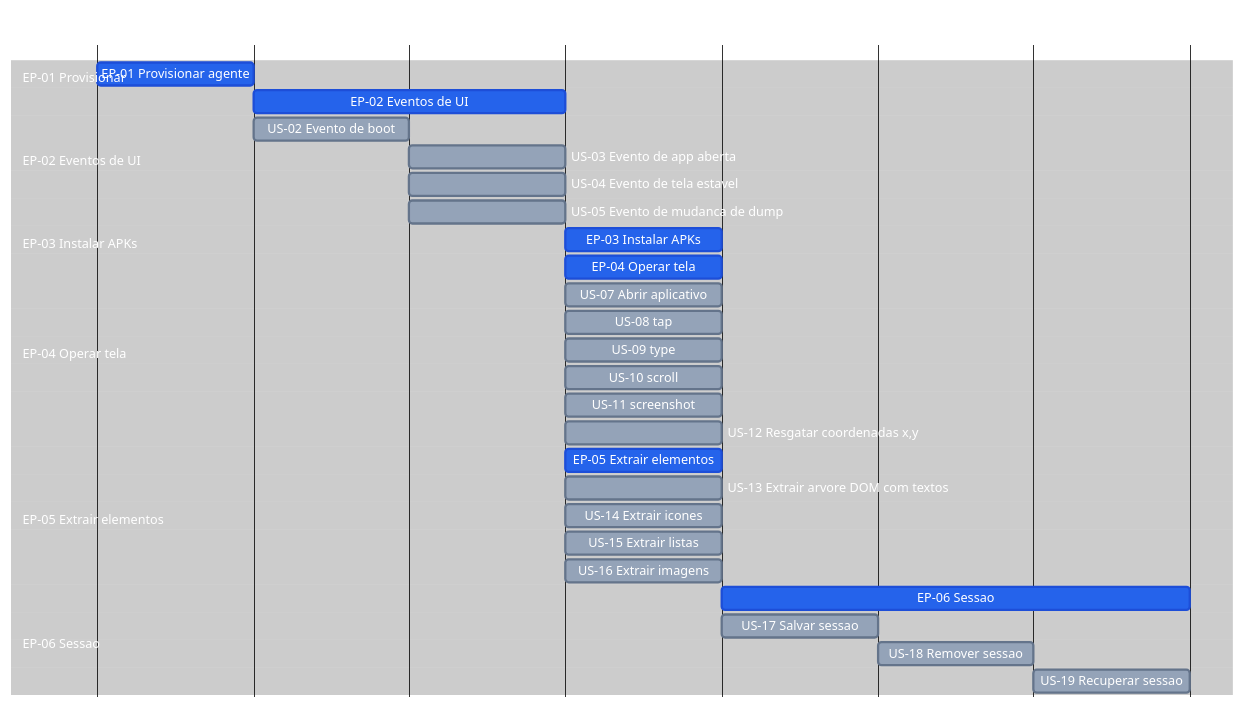
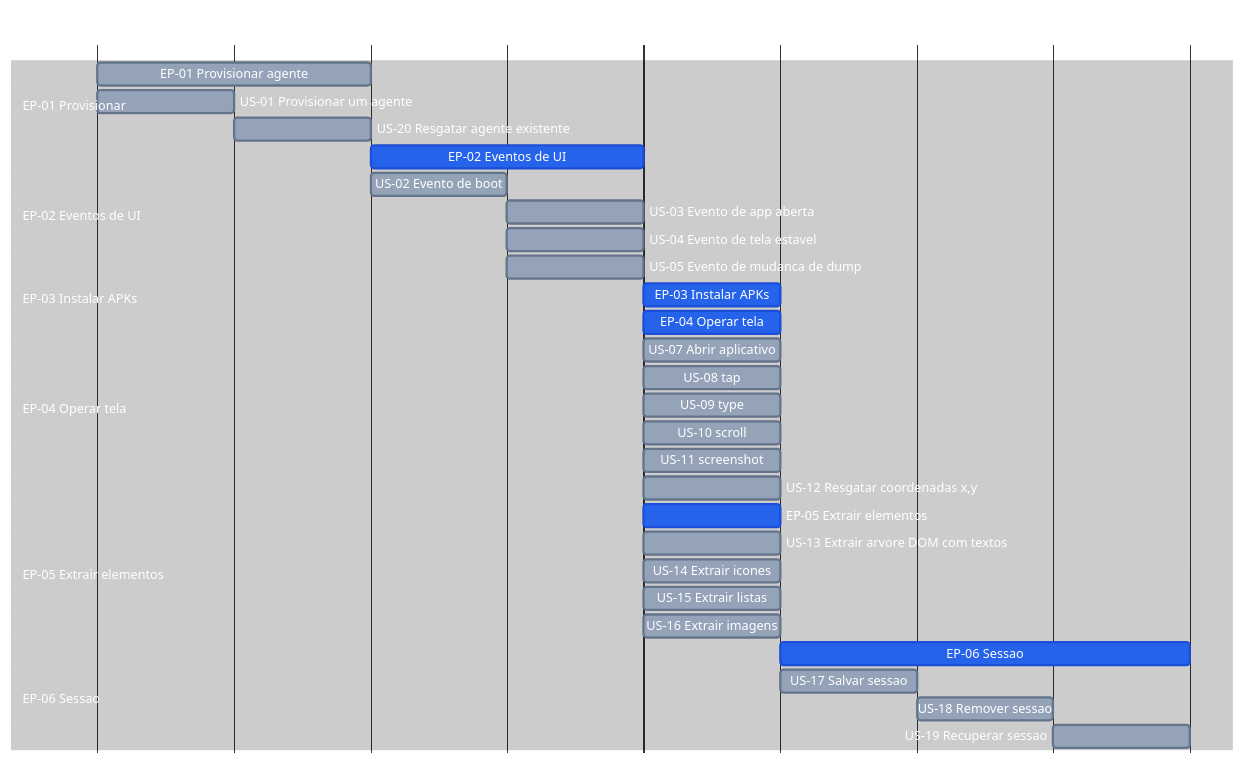
Before and after one commit to laerciogermano/workstation: the diagram in screen-robot/3.roadmap.md, drawn with Mermaid. The commit also changed 16 other files, not shown here.

````diff
--- a/screen-robot/3.roadmap.md
+++ b/screen-robot/3.roadmap.md
@@ -12,74 +12,76 @@
 ```mermaid
 ---
 config:
   theme: base
   themeVariables:
     darkMode: true
     background: '#000000'
     primaryTextColor: '#ffffff'
     secondaryTextColor: '#ffffff'
     tertiaryTextColor: '#ffffff'
     textColor: '#ffffff'
     lineColor: '#333333'
     mainBkg: '#000000'
     secondaryColor: '#000000'
     tertiaryColor: '#000000'
     sectionBkgColor: '#000000'
     sectionBkgColor2: '#000000'
     altSectionBkgColor: '#000000'
     gridColor: '#222222'
     excludeBkgColor: '#000000'
     todayLineColor: '#444444'
     doneTaskBkgColor: '#2563eb'
     doneTaskBorderColor: '#1d4ed8'
     taskBkgColor: '#94a3b8'
     taskBorderColor: '#64748b'
     taskTextColor: '#ffffff'
     taskTextDarkColor: '#ffffff'
     taskTextLightColor: '#ffffff'
     taskTextOutsideColor: '#ffffff'
     critBkgColor: '#2563eb'
     critBorderColor: '#1d4ed8'
     activeTaskBkgColor: '#94a3b8'
     activeTaskBorderColor: '#64748b'
 ---
 gantt
   title screen-robot EP / US
   dateFormat X
   axisFormat %s
 
   section EP-01 Provisionar
-  EP-01 Provisionar agente              :done, ep01, 0, 15m
+  EP-01 Provisionar agente              :ep01, 0, 30m
+  US-01 Provisionar um agente           :us01, 0, 15m
+  US-20 Resgatar agente existente       :us20, after us01, 15m
 
   section EP-02 Eventos de UI
   EP-02 Eventos de UI                   :done, ep02, after ep01, 30m
   US-02 Evento de boot                  :us02, after ep01, 15m
   US-03 Evento de app aberta            :us03, after us02, 15m
   US-04 Evento de tela estavel          :us04, after us02, 15m
   US-05 Evento de mudanca de dump       :us05, after us02, 15m
 
   section EP-03 Instalar APKs
   EP-03 Instalar APKs                   :done, ep03, after us05, 15m
 
   section EP-04 Operar tela
   EP-04 Operar tela                     :done, ep04, after us05, 15m
   US-07 Abrir aplicativo                :us07, after us05, 15m
   US-08 tap                             :us08, after us05, 15m
   US-09 type                            :us09, after us05, 15m
   US-10 scroll                          :us10, after us05, 15m
   US-11 screenshot                      :us11, after us05, 15m
   US-12 Resgatar coordenadas x,y        :us12, after us05, 15m
 
   section EP-05 Extrair elementos
   EP-05 Extrair elementos               :done, ep05, after us05, 15m
   US-13 Extrair arvore DOM com textos   :us13, after us05, 15m
   US-14 Extrair icones                  :us14, after us05, 15m
   US-15 Extrair listas                  :us15, after us05, 15m
   US-16 Extrair imagens                 :us16, after us05, 15m
 
   section EP-06 Sessao
   EP-06 Sessao                          :done, ep06, after ep05, 45m
   US-17 Salvar sessao                   :us17, after ep05, 15m
   US-18 Remover sessao                  :us18, after us17, 15m
   US-19 Recuperar sessao                :us19, after us18, 15m
 ```
````
